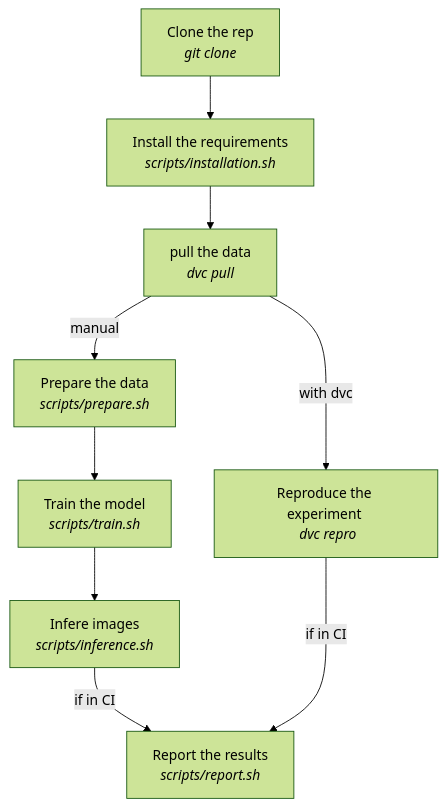
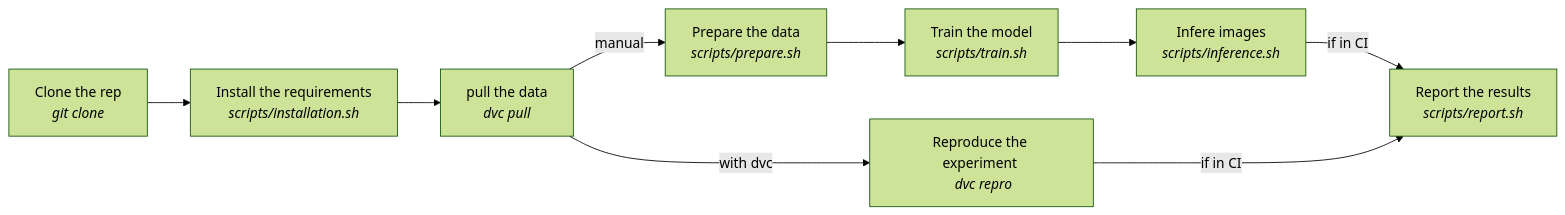
One commit to csia-pme/dreambooth-demo changed the second of 3 diagrams in README.md. Above: the diagram before and after it, drawn with Mermaid (forest theme). The commit also changed other lines of this file and 2 other files, not shown here.

````diff
--- a/README.md
+++ b/README.md
@@ -168,12 +168,12 @@
 ```mermaid
-graph TD
+graph LR
 B[Clone the rep\n <i>git clone</i>]
 B --> C[Install the requirements\n <i>scripts/installation.sh</i>]
 C --> D[pull the data\n <i>dvc pull</i>]
 D -- manual --> E[Prepare the data \n <i>scripts/prepare.sh</i>]
 E --> F[Train the model\n <i>scripts/train.sh</i>]
 F --> G[Infere images \n <i>scripts/inference.sh</i>]
 G -- if in CI --> H[Report the results \n <i>scripts/report.sh</i>]
 D -- with dvc --> I[Reproduce the experiment \n <i>dvc repro</i>]
 I -- if in CI ---> H
 ```
````
